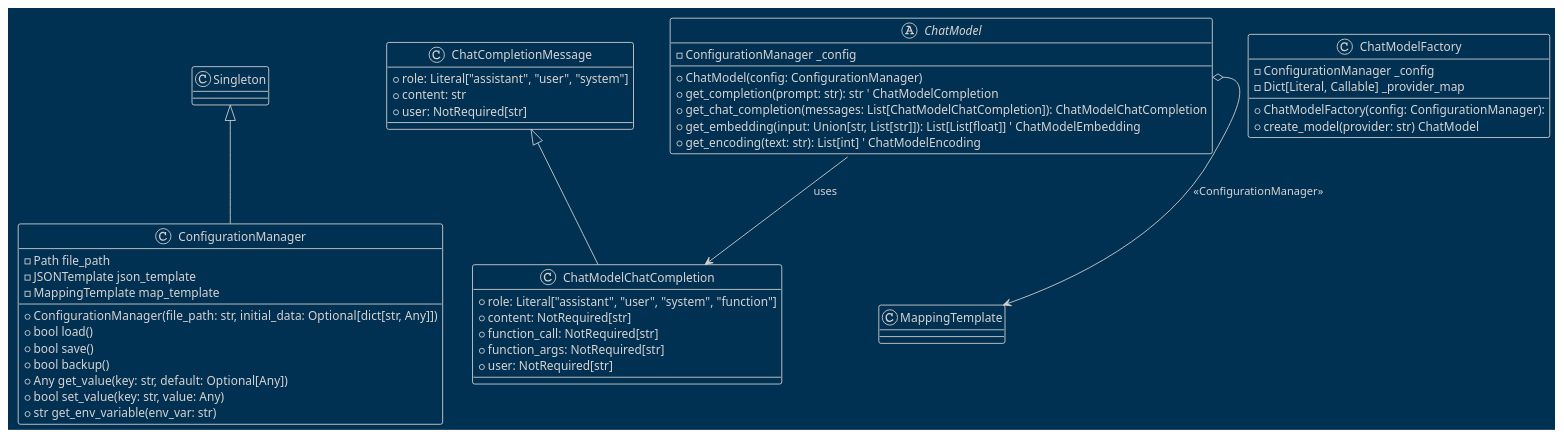
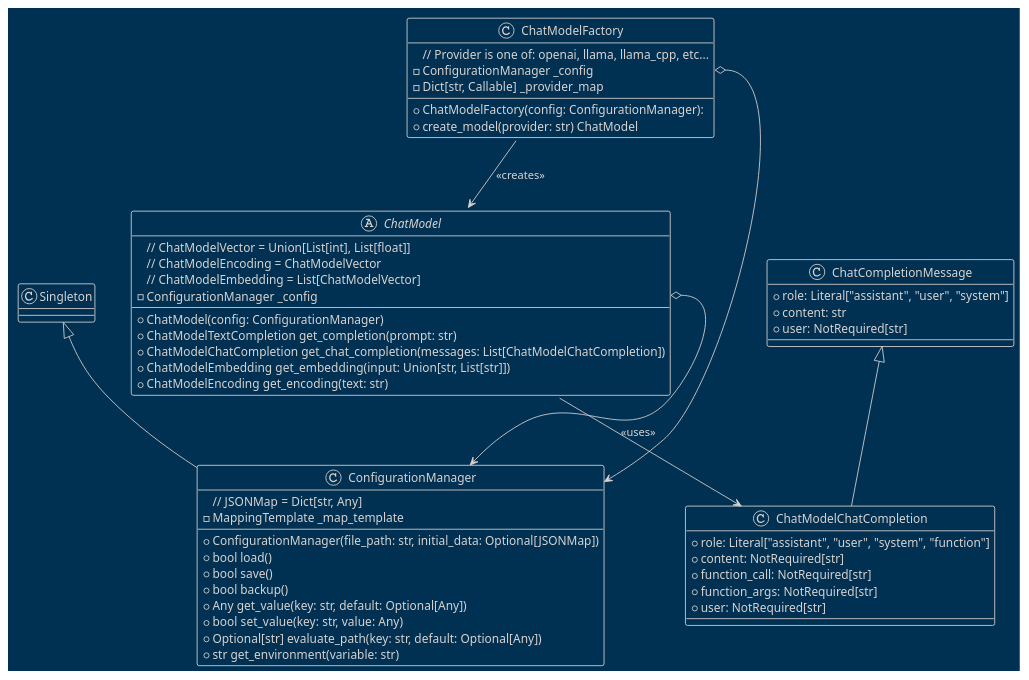
Before and after one commit to teleprint-me/py.gpt.prompt: the diagram in docs/diagrams/plantuml/chat_model.puml, drawn with PlantUML.

Commit message:
docs: Update PlantUML Diagram to Reflect Refactor
- Modify class attributes and method signatures to align with recent changes in ConfigurationManager
- Update relationships and annotations to accurately represent the current design
- Clarify types and relationships for better documentation

```diff
--- a/docs/diagrams/plantuml/chat_model.puml
+++ b/docs/diagrams/plantuml/chat_model.puml
@@ -1,52 +1,58 @@
 @startuml ChatModel
 !theme blueprint
 
 ' docs/diagrams/plantuml/chat_model.puml
 
 class ConfigurationManager extends Singleton {
-    - Path file_path
-    - JSONTemplate json_template
-    - MappingTemplate map_template
-    + ConfigurationManager(file_path: str, initial_data: Optional[dict[str, Any]])
+    // JSONMap = Dict[str, Any]
+    - MappingTemplate _map_template
+    + ConfigurationManager(file_path: str, initial_data: Optional[JSONMap])
     + bool load()
     + bool save()
     + bool backup()
     + Any get_value(key: str, default: Optional[Any])
     + bool set_value(key: str, value: Any)
-    + str get_env_variable(env_var: str)
+    + Optional[str] evaluate_path(key: str, default: Optional[Any])
+    + str get_environment(variable: str)
 }
 
 class ChatCompletionMessage {
     + role: Literal["assistant", "user", "system"]
     + content: str
     + user: NotRequired[str]
 }
 
 class ChatModelChatCompletion extends ChatCompletionMessage {
     + role: Literal["assistant", "user", "system", "function"]
     + content: NotRequired[str]
     + function_call: NotRequired[str]
     + function_args: NotRequired[str]
     + user: NotRequired[str]
 }
 
 abstract class ChatModel {
+    // ChatModelVector = Union[List[int], List[float]]
+    // ChatModelEncoding = ChatModelVector
+    // ChatModelEmbedding = List[ChatModelVector]
     - ConfigurationManager _config
     + ChatModel(config: ConfigurationManager)
-    + get_completion(prompt: str): str ' ChatModelCompletion
-    + get_chat_completion(messages: List[ChatModelChatCompletion]): ChatModelChatCompletion
-    + get_embedding(input: Union[str, List[str]]): List[List[float]] ' ChatModelEmbedding
-    + get_encoding(text: str): List[int] ' ChatModelEncoding
+    + ChatModelTextCompletion get_completion(prompt: str)
+    + ChatModelChatCompletion get_chat_completion(messages: List[ChatModelChatCompletion])
+    + ChatModelEmbedding get_embedding(input: Union[str, List[str]])
+    + ChatModelEncoding get_encoding(text: str)
 }
 
 class ChatModelFactory{
+    // Provider is one of: openai, llama, llama_cpp, etc...
     - ConfigurationManager _config
-    - Dict[Literal, Callable] _provider_map
+    - Dict[str, Callable] _provider_map
     + ChatModelFactory(config: ConfigurationManager):
     + create_model(provider: str) ChatModel
 }
 
-ChatModel::config o--> MappingTemplate : <<ConfigurationManager>>
-ChatModel --> ChatModelChatCompletion : uses
+ChatModelFactory --> ChatModel : <<creates>>
+ChatModelFactory::_config o--> ConfigurationManager
+ChatModel::_config o--> ConfigurationManager
+ChatModel --> ChatModelChatCompletion : <<uses>>
 
 @enduml
```
